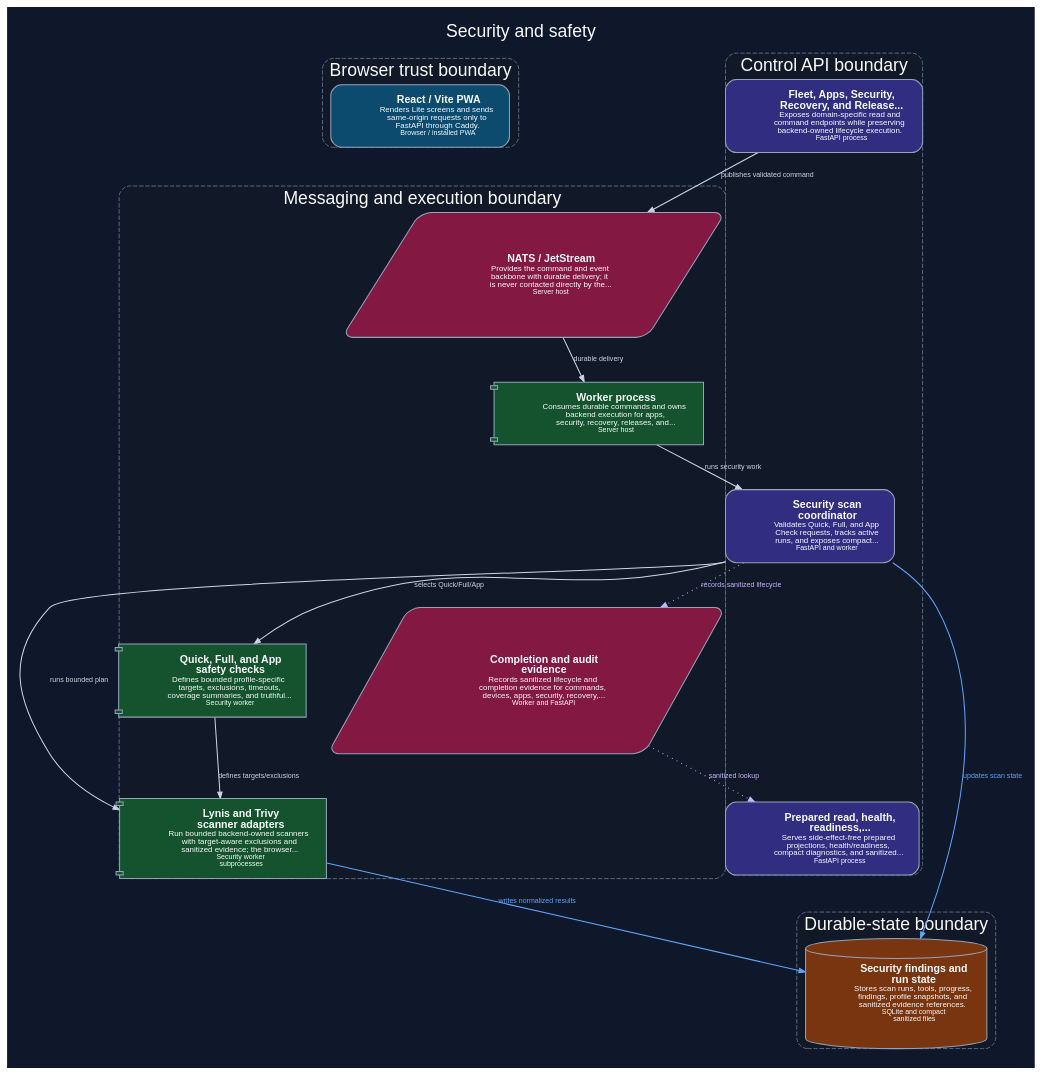
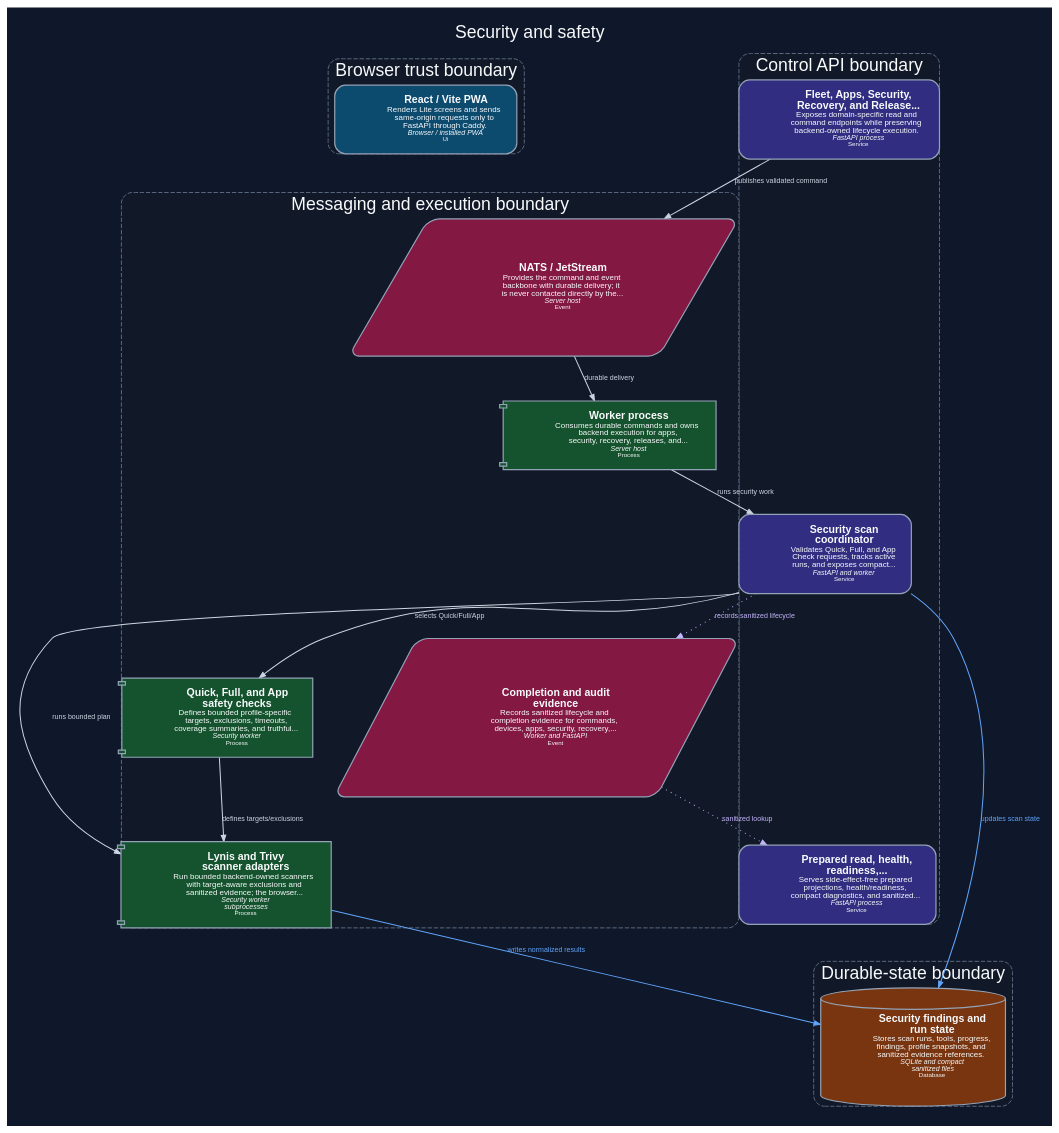
Before and after one commit to dexter-lab-ctrl/pocket-lab-lite: the diagram in docs/assets/diagrams/production/views/security.dark.dot, drawn with Graphviz. The commit also changed 395 other files, not shown here.

Commit message:
docs: add infrastructure architecture icons

```diff
--- a/docs/assets/diagrams/production/views/security.dark.dot
+++ b/docs/assets/diagrams/production/views/security.dark.dot
@@ -39,7 +39,7 @@
     fillcolor="#111827";
     fontcolor="#f8fafc";
     penwidth="1.0";
-    "pwa" [label=<<TABLE BORDER="0" CELLBORDER="0" CELLPADDING="4"><TR><TD FIXEDSIZE="TRUE" WIDTH="38" HEIGHT="38"> </TD><TD ALIGN="LEFT"><FONT POINT-SIZE="12"><B>React / Vite PWA</B></FONT><BR/><FONT POINT-SIZE="9">Renders Lite screens and sends<BR/>same-origin requests only to<BR/>FastAPI through Caddy.</FONT><BR/><FONT POINT-SIZE="8">Browser / installed PWA</FONT></TD></TR></TABLE>>, shape="box", style="rounded,filled", fillcolor="#0c4a6e", color="#94a3b8", fontcolor="#f8fafc", penwidth="1.15", tooltip="React / Vite PWA. Renders Lite screens and sends same-origin requests only to FastAPI through Caddy.", URL="../../../../generated/production/architecture/components/pwa/", target="_top"];
+    "pwa" [label=<<TABLE BORDER="0" CELLBORDER="0" CELLPADDING="4"><TR><TD FIXEDSIZE="TRUE" WIDTH="42" HEIGHT="42"> </TD><TD ALIGN="LEFT"><FONT POINT-SIZE="12"><B>React / Vite PWA</B></FONT><BR/><FONT POINT-SIZE="9">Renders Lite screens and sends<BR/>same-origin requests only to<BR/>FastAPI through Caddy.</FONT><BR/><FONT POINT-SIZE="8"><I>Browser / installed PWA</I></FONT><BR/><FONT POINT-SIZE="7.5">Ui</FONT></TD></TR></TABLE>>, shape="box", style="rounded,filled", fillcolor="#0c4a6e", color="#94a3b8", fontcolor="#f8fafc", penwidth="1.35", tooltip="React / Vite PWA. Renders Lite screens and sends same-origin requests only to FastAPI through Caddy.", URL="../../../../generated/production/architecture/components/pwa/", target="_top"];
   }
   subgraph "cluster_control-api" {
     label="Control API boundary";
@@ -48,9 +48,9 @@
     fillcolor="#111827";
     fontcolor="#f8fafc";
     penwidth="1.0";
-    "api-domain-surfaces" [label=<<TABLE BORDER="0" CELLBORDER="0" CELLPADDING="4"><TR><TD FIXEDSIZE="TRUE" WIDTH="38" HEIGHT="38"> </TD><TD ALIGN="LEFT"><FONT POINT-SIZE="12"><B>Fleet, Apps, Security,<BR/>Recovery, and Release...</B></FONT><BR/><FONT POINT-SIZE="9">Exposes domain-specific read and<BR/>command endpoints while preserving<BR/>backend-owned lifecycle execution.</FONT><BR/><FONT POINT-SIZE="8">FastAPI process</FONT></TD></TR></TABLE>>, shape="box", style="rounded,filled", fillcolor="#312e81", color="#94a3b8", fontcolor="#f8fafc", penwidth="1.15", tooltip="Fleet, Apps, Security, Recovery, and Release APIs. Exposes domain-specific read and command endpoints while preserving backend-owned lifecycle execution.", URL="../../../../generated/production/architecture/components/api-domain-surfaces/", target="_top"];
-    "security-coordinator" [label=<<TABLE BORDER="0" CELLBORDER="0" CELLPADDING="4"><TR><TD FIXEDSIZE="TRUE" WIDTH="38" HEIGHT="38"> </TD><TD ALIGN="LEFT"><FONT POINT-SIZE="12"><B>Security scan<BR/>coordinator</B></FONT><BR/><FONT POINT-SIZE="9">Validates Quick, Full, and App<BR/>Check requests, tracks active<BR/>runs, and exposes compact...</FONT><BR/><FONT POINT-SIZE="8">FastAPI and worker</FONT></TD></TR></TABLE>>, shape="box", style="rounded,filled", fillcolor="#312e81", color="#94a3b8", fontcolor="#f8fafc", penwidth="1.15", tooltip="Security scan coordinator. Validates Quick, Full, and App Check requests, tracks active runs, and exposes compact split-read summaries.", URL="../../../../generated/production/architecture/components/security-coordinator/", target="_top"];
-    "api-read-surfaces" [label=<<TABLE BORDER="0" CELLBORDER="0" CELLPADDING="4"><TR><TD FIXEDSIZE="TRUE" WIDTH="38" HEIGHT="38"> </TD><TD ALIGN="LEFT"><FONT POINT-SIZE="12"><B>Prepared read, health,<BR/>readiness,...</B></FONT><BR/><FONT POINT-SIZE="9">Serves side-effect-free prepared<BR/>projections, health/readiness,<BR/>compact diagnostics, and sanitized...</FONT><BR/><FONT POINT-SIZE="8">FastAPI process</FONT></TD></TR></TABLE>>, shape="box", style="rounded,filled", fillcolor="#312e81", color="#94a3b8", fontcolor="#f8fafc", penwidth="1.15", tooltip="Prepared read, health, readiness, diagnostics, and evidence APIs. Serves side-effect-free prepared projections, health/readiness, compact diagnostics, and sanitized evidence lookups.", URL="../../../../generated/production/architecture/components/api-read-surfaces/", target="_top"];
+    "api-domain-surfaces" [label=<<TABLE BORDER="0" CELLBORDER="0" CELLPADDING="4"><TR><TD FIXEDSIZE="TRUE" WIDTH="42" HEIGHT="42"> </TD><TD ALIGN="LEFT"><FONT POINT-SIZE="12"><B>Fleet, Apps, Security,<BR/>Recovery, and Release...</B></FONT><BR/><FONT POINT-SIZE="9">Exposes domain-specific read and<BR/>command endpoints while preserving<BR/>backend-owned lifecycle execution.</FONT><BR/><FONT POINT-SIZE="8"><I>FastAPI process</I></FONT><BR/><FONT POINT-SIZE="7.5">Service</FONT></TD></TR></TABLE>>, shape="box", style="rounded,filled", fillcolor="#312e81", color="#94a3b8", fontcolor="#f8fafc", penwidth="1.35", tooltip="Fleet, Apps, Security, Recovery, and Release APIs. Exposes domain-specific read and command endpoints while preserving backend-owned lifecycle execution.", URL="../../../../generated/production/architecture/components/api-domain-surfaces/", target="_top"];
+    "security-coordinator" [label=<<TABLE BORDER="0" CELLBORDER="0" CELLPADDING="4"><TR><TD FIXEDSIZE="TRUE" WIDTH="42" HEIGHT="42"> </TD><TD ALIGN="LEFT"><FONT POINT-SIZE="12"><B>Security scan<BR/>coordinator</B></FONT><BR/><FONT POINT-SIZE="9">Validates Quick, Full, and App<BR/>Check requests, tracks active<BR/>runs, and exposes compact...</FONT><BR/><FONT POINT-SIZE="8"><I>FastAPI and worker</I></FONT><BR/><FONT POINT-SIZE="7.5">Service</FONT></TD></TR></TABLE>>, shape="box", style="rounded,filled", fillcolor="#312e81", color="#94a3b8", fontcolor="#f8fafc", penwidth="1.35", tooltip="Security scan coordinator. Validates Quick, Full, and App Check requests, tracks active runs, and exposes compact split-read summaries.", URL="../../../../generated/production/architecture/components/security-coordinator/", target="_top"];
+    "api-read-surfaces" [label=<<TABLE BORDER="0" CELLBORDER="0" CELLPADDING="4"><TR><TD FIXEDSIZE="TRUE" WIDTH="42" HEIGHT="42"> </TD><TD ALIGN="LEFT"><FONT POINT-SIZE="12"><B>Prepared read, health,<BR/>readiness,...</B></FONT><BR/><FONT POINT-SIZE="9">Serves side-effect-free prepared<BR/>projections, health/readiness,<BR/>compact diagnostics, and sanitized...</FONT><BR/><FONT POINT-SIZE="8"><I>FastAPI process</I></FONT><BR/><FONT POINT-SIZE="7.5">Service</FONT></TD></TR></TABLE>>, shape="box", style="rounded,filled", fillcolor="#312e81", color="#94a3b8", fontcolor="#f8fafc", penwidth="1.35", tooltip="Prepared read, health, readiness, diagnostics, and evidence APIs. Serves side-effect-free prepared projections, health/readiness, compact diagnostics, and sanitized evidence lookups.", URL="../../../../generated/production/architecture/components/api-read-surfaces/", target="_top"];
   }
   subgraph "cluster_durable-state" {
     label="Durable-state boundary";
@@ -59,7 +59,7 @@
     fillcolor="#111827";
     fontcolor="#f8fafc";
     penwidth="1.0";
-    "security-state" [label=<<TABLE BORDER="0" CELLBORDER="0" CELLPADDING="4"><TR><TD FIXEDSIZE="TRUE" WIDTH="38" HEIGHT="38"> </TD><TD ALIGN="LEFT"><FONT POINT-SIZE="12"><B>Security findings and<BR/>run state</B></FONT><BR/><FONT POINT-SIZE="9">Stores scan runs, tools, progress,<BR/>findings, profile snapshots, and<BR/>sanitized evidence references.</FONT><BR/><FONT POINT-SIZE="8">SQLite and compact<BR/>sanitized files</FONT></TD></TR></TABLE>>, shape="cylinder", style="rounded,filled", fillcolor="#78350f", color="#94a3b8", fontcolor="#f8fafc", penwidth="1.15", tooltip="Security findings and run state. Stores scan runs, tools, progress, findings, profile snapshots, and sanitized evidence references.", URL="../../../../generated/production/architecture/components/security-state/", target="_top"];
+    "security-state" [label=<<TABLE BORDER="0" CELLBORDER="0" CELLPADDING="4"><TR><TD FIXEDSIZE="TRUE" WIDTH="42" HEIGHT="42"> </TD><TD ALIGN="LEFT"><FONT POINT-SIZE="12"><B>Security findings and<BR/>run state</B></FONT><BR/><FONT POINT-SIZE="9">Stores scan runs, tools, progress,<BR/>findings, profile snapshots, and<BR/>sanitized evidence references.</FONT><BR/><FONT POINT-SIZE="8"><I>SQLite and compact<BR/>sanitized files</I></FONT><BR/><FONT POINT-SIZE="7.5">Database</FONT></TD></TR></TABLE>>, shape="cylinder", style="rounded,filled", fillcolor="#78350f", color="#94a3b8", fontcolor="#f8fafc", penwidth="1.35", tooltip="Security findings and run state. Stores scan runs, tools, progress, findings, profile snapshots, and sanitized evidence references.", URL="../../../../generated/production/architecture/components/security-state/", target="_top"];
   }
   subgraph "cluster_messaging-execution" {
     label="Messaging and execution boundary";
@@ -68,11 +68,11 @@
     fillcolor="#111827";
     fontcolor="#f8fafc";
     penwidth="1.0";
-    "nats-jetstream" [label=<<TABLE BORDER="0" CELLBORDER="0" CELLPADDING="4"><TR><TD FIXEDSIZE="TRUE" WIDTH="38" HEIGHT="38"> </TD><TD ALIGN="LEFT"><FONT POINT-SIZE="12"><B>NATS / JetStream</B></FONT><BR/><FONT POINT-SIZE="9">Provides the command and event<BR/>backbone with durable delivery; it<BR/>is never contacted directly by the...</FONT><BR/><FONT POINT-SIZE="8">Server host</FONT></TD></TR></TABLE>>, shape="parallelogram", style="rounded,filled", fillcolor="#831843", color="#94a3b8", fontcolor="#f8fafc", penwidth="1.15", tooltip="NATS / JetStream. Provides the command and event backbone with durable delivery; it is never contacted directly by the frontend.", URL="../../../../generated/production/architecture/components/nats-jetstream/", target="_top"];
-    "worker" [label=<<TABLE BORDER="0" CELLBORDER="0" CELLPADDING="4"><TR><TD FIXEDSIZE="TRUE" WIDTH="38" HEIGHT="38"> </TD><TD ALIGN="LEFT"><FONT POINT-SIZE="12"><B>Worker process</B></FONT><BR/><FONT POINT-SIZE="9">Consumes durable commands and owns<BR/>backend execution for apps,<BR/>security, recovery, releases, and...</FONT><BR/><FONT POINT-SIZE="8">Server host</FONT></TD></TR></TABLE>>, shape="component", style="rounded,filled", fillcolor="#14532d", color="#94a3b8", fontcolor="#f8fafc", penwidth="1.15", tooltip="Worker process. Consumes durable commands and owns backend execution for apps, security, recovery, releases, and lifecycle work.", URL="../../../../generated/production/architecture/components/worker/", target="_top"];
-    "security-profiles" [label=<<TABLE BORDER="0" CELLBORDER="0" CELLPADDING="4"><TR><TD FIXEDSIZE="TRUE" WIDTH="38" HEIGHT="38"> </TD><TD ALIGN="LEFT"><FONT POINT-SIZE="12"><B>Quick, Full, and App<BR/>safety checks</B></FONT><BR/><FONT POINT-SIZE="9">Defines bounded profile-specific<BR/>targets, exclusions, timeouts,<BR/>coverage summaries, and truthful...</FONT><BR/><FONT POINT-SIZE="8">Security worker</FONT></TD></TR></TABLE>>, shape="component", style="rounded,filled", fillcolor="#14532d", color="#94a3b8", fontcolor="#f8fafc", penwidth="1.15", tooltip="Quick, Full, and App safety checks. Defines bounded profile-specific targets, exclusions, timeouts, coverage summaries, and truthful partial/failed states.", URL="../../../../generated/production/architecture/components/security-profiles/", target="_top"];
-    "scanner-adapters" [label=<<TABLE BORDER="0" CELLBORDER="0" CELLPADDING="4"><TR><TD FIXEDSIZE="TRUE" WIDTH="38" HEIGHT="38"> </TD><TD ALIGN="LEFT"><FONT POINT-SIZE="12"><B>Lynis and Trivy<BR/>scanner adapters</B></FONT><BR/><FONT POINT-SIZE="9">Run bounded backend-owned scanners<BR/>with target-aware exclusions and<BR/>sanitized evidence; the browser...</FONT><BR/><FONT POINT-SIZE="8">Security worker<BR/>subprocesses</FONT></TD></TR></TABLE>>, shape="component", style="rounded,filled", fillcolor="#14532d", color="#94a3b8", fontcolor="#f8fafc", penwidth="1.15", tooltip="Lynis and Trivy scanner adapters. Run bounded backend-owned scanners with target-aware exclusions and sanitized evidence; the browser never executes scanners.", URL="../../../../generated/production/architecture/components/scanner-adapters/", target="_top"];
-    "completion-evidence" [label=<<TABLE BORDER="0" CELLBORDER="0" CELLPADDING="4"><TR><TD FIXEDSIZE="TRUE" WIDTH="38" HEIGHT="38"> </TD><TD ALIGN="LEFT"><FONT POINT-SIZE="12"><B>Completion and audit<BR/>evidence</B></FONT><BR/><FONT POINT-SIZE="9">Records sanitized lifecycle and<BR/>completion evidence for commands,<BR/>devices, apps, security, recovery,...</FONT><BR/><FONT POINT-SIZE="8">Worker and FastAPI</FONT></TD></TR></TABLE>>, shape="parallelogram", style="rounded,filled", fillcolor="#831843", color="#94a3b8", fontcolor="#f8fafc", penwidth="1.15", tooltip="Completion and audit evidence. Records sanitized lifecycle and completion evidence for commands, devices, apps, security, recovery, and releases.", URL="../../../../generated/production/architecture/components/completion-evidence/", target="_top"];
+    "nats-jetstream" [label=<<TABLE BORDER="0" CELLBORDER="0" CELLPADDING="4"><TR><TD FIXEDSIZE="TRUE" WIDTH="42" HEIGHT="42"> </TD><TD ALIGN="LEFT"><FONT POINT-SIZE="12"><B>NATS / JetStream</B></FONT><BR/><FONT POINT-SIZE="9">Provides the command and event<BR/>backbone with durable delivery; it<BR/>is never contacted directly by the...</FONT><BR/><FONT POINT-SIZE="8"><I>Server host</I></FONT><BR/><FONT POINT-SIZE="7.5">Event</FONT></TD></TR></TABLE>>, shape="parallelogram", style="rounded,filled", fillcolor="#831843", color="#94a3b8", fontcolor="#f8fafc", penwidth="1.35", tooltip="NATS / JetStream. Provides the command and event backbone with durable delivery; it is never contacted directly by the frontend.", URL="../../../../generated/production/architecture/components/nats-jetstream/", target="_top"];
+    "worker" [label=<<TABLE BORDER="0" CELLBORDER="0" CELLPADDING="4"><TR><TD FIXEDSIZE="TRUE" WIDTH="42" HEIGHT="42"> </TD><TD ALIGN="LEFT"><FONT POINT-SIZE="12"><B>Worker process</B></FONT><BR/><FONT POINT-SIZE="9">Consumes durable commands and owns<BR/>backend execution for apps,<BR/>security, recovery, releases, and...</FONT><BR/><FONT POINT-SIZE="8"><I>Server host</I></FONT><BR/><FONT POINT-SIZE="7.5">Process</FONT></TD></TR></TABLE>>, shape="component", style="rounded,filled", fillcolor="#14532d", color="#94a3b8", fontcolor="#f8fafc", penwidth="1.35", tooltip="Worker process. Consumes durable commands and owns backend execution for apps, security, recovery, releases, and lifecycle work.", URL="../../../../generated/production/architecture/components/worker/", target="_top"];
+    "security-profiles" [label=<<TABLE BORDER="0" CELLBORDER="0" CELLPADDING="4"><TR><TD FIXEDSIZE="TRUE" WIDTH="42" HEIGHT="42"> </TD><TD ALIGN="LEFT"><FONT POINT-SIZE="12"><B>Quick, Full, and App<BR/>safety checks</B></FONT><BR/><FONT POINT-SIZE="9">Defines bounded profile-specific<BR/>targets, exclusions, timeouts,<BR/>coverage summaries, and truthful...</FONT><BR/><FONT POINT-SIZE="8"><I>Security worker</I></FONT><BR/><FONT POINT-SIZE="7.5">Process</FONT></TD></TR></TABLE>>, shape="component", style="rounded,filled", fillcolor="#14532d", color="#94a3b8", fontcolor="#f8fafc", penwidth="1.35", tooltip="Quick, Full, and App safety checks. Defines bounded profile-specific targets, exclusions, timeouts, coverage summaries, and truthful partial/failed states.", URL="../../../../generated/production/architecture/components/security-profiles/", target="_top"];
+    "scanner-adapters" [label=<<TABLE BORDER="0" CELLBORDER="0" CELLPADDING="4"><TR><TD FIXEDSIZE="TRUE" WIDTH="42" HEIGHT="42"> </TD><TD ALIGN="LEFT"><FONT POINT-SIZE="12"><B>Lynis and Trivy<BR/>scanner adapters</B></FONT><BR/><FONT POINT-SIZE="9">Run bounded backend-owned scanners<BR/>with target-aware exclusions and<BR/>sanitized evidence; the browser...</FONT><BR/><FONT POINT-SIZE="8"><I>Security worker<BR/>subprocesses</I></FONT><BR/><FONT POINT-SIZE="7.5">Process</FONT></TD></TR></TABLE>>, shape="component", style="rounded,filled", fillcolor="#14532d", color="#94a3b8", fontcolor="#f8fafc", penwidth="1.35", tooltip="Lynis and Trivy scanner adapters. Run bounded backend-owned scanners with target-aware exclusions and sanitized evidence; the browser never executes scanners.", URL="../../../../generated/production/architecture/components/scanner-adapters/", target="_top"];
+    "completion-evidence" [label=<<TABLE BORDER="0" CELLBORDER="0" CELLPADDING="4"><TR><TD FIXEDSIZE="TRUE" WIDTH="42" HEIGHT="42"> </TD><TD ALIGN="LEFT"><FONT POINT-SIZE="12"><B>Completion and audit<BR/>evidence</B></FONT><BR/><FONT POINT-SIZE="9">Records sanitized lifecycle and<BR/>completion evidence for commands,<BR/>devices, apps, security, recovery,...</FONT><BR/><FONT POINT-SIZE="8"><I>Worker and FastAPI</I></FONT><BR/><FONT POINT-SIZE="7.5">Event</FONT></TD></TR></TABLE>>, shape="parallelogram", style="rounded,filled", fillcolor="#831843", color="#94a3b8", fontcolor="#f8fafc", penwidth="1.35", tooltip="Completion and audit evidence. Records sanitized lifecycle and completion evidence for commands, devices, apps, security, recovery, and releases.", URL="../../../../generated/production/architecture/components/completion-evidence/", target="_top"];
   }
   "api-domain-surfaces" -> "nats-jetstream" [label="publishes validated command", tooltip="publishes validated command (NATS)", style="solid", arrowhead="normal", color="#cbd5e1", fontcolor="#cbd5e1"];
   "security-coordinator" -> "completion-evidence" [label="records sanitized lifecycle", tooltip="records sanitized lifecycle (SQLite/NATS)", style="dotted", arrowhead="normal", color="#c4b5fd", fontcolor="#c4b5fd"];
```
